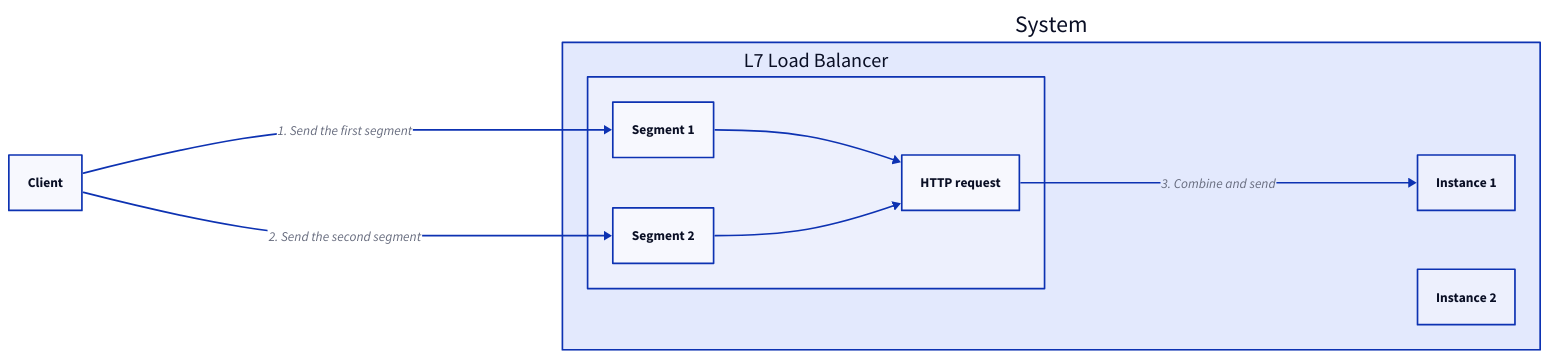
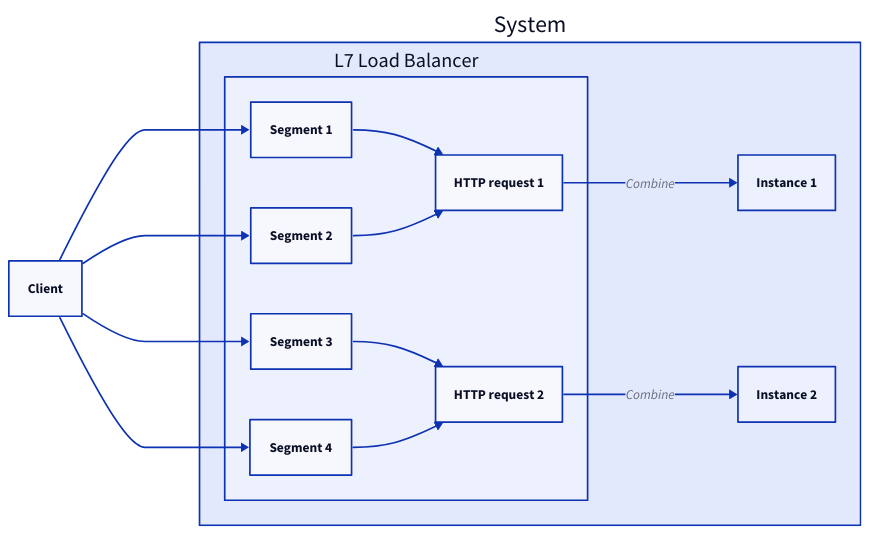
Before and after one commit to link1905/system-design-101: diagram 18 of 20 in content/docs/web-service/load-balancer.md, drawn with D2. The commit also changed other lines of this file and 14 other files, not shown here.

````diff
--- a/content/docs/web-service/load-balancer.md
+++ b/content/docs/web-service/load-balancer.md
@@ -618,25 +681,36 @@
 ```d2
-
 direction: right
 s: System {
     lb: L7 Load Balancer {
         s1: Segment 1
         s2: Segment 2
-        h: HTTP request
-        s1 -> h
-        s2 -> h
+        s3: Segment 3
+        s4: Segment 4
+        h1: HTTP request 1
+        h2: HTTP request 2
+        s1 -> h1
+        s2 -> h1
+        s3 -> h2
+        s4 -> h2
     }
-    s: Instance 1 {
+    s1: Instance 1 {
        class: server
     }
-    s1: Instance 2 {
+    s2: Instance 2 {
        class: server
     }
-    lb.h -> s: 3. Combine and send
+    lb.h1 -> s1: Combine {
+      class: bold-text
+    }
+    lb.h2 -> s2: Combine {
+      class: bold-text
+    }
 }
 c: Client {
   class: client
 }
-c -> s.lb.s1: 1. Send the first segment
-c -> s.lb.s2: 2. Send the second segment
+c -> s.lb.s1
+c -> s.lb.s2
+c -> s.lb.s3
+c -> s.lb.s4
 ```
````
